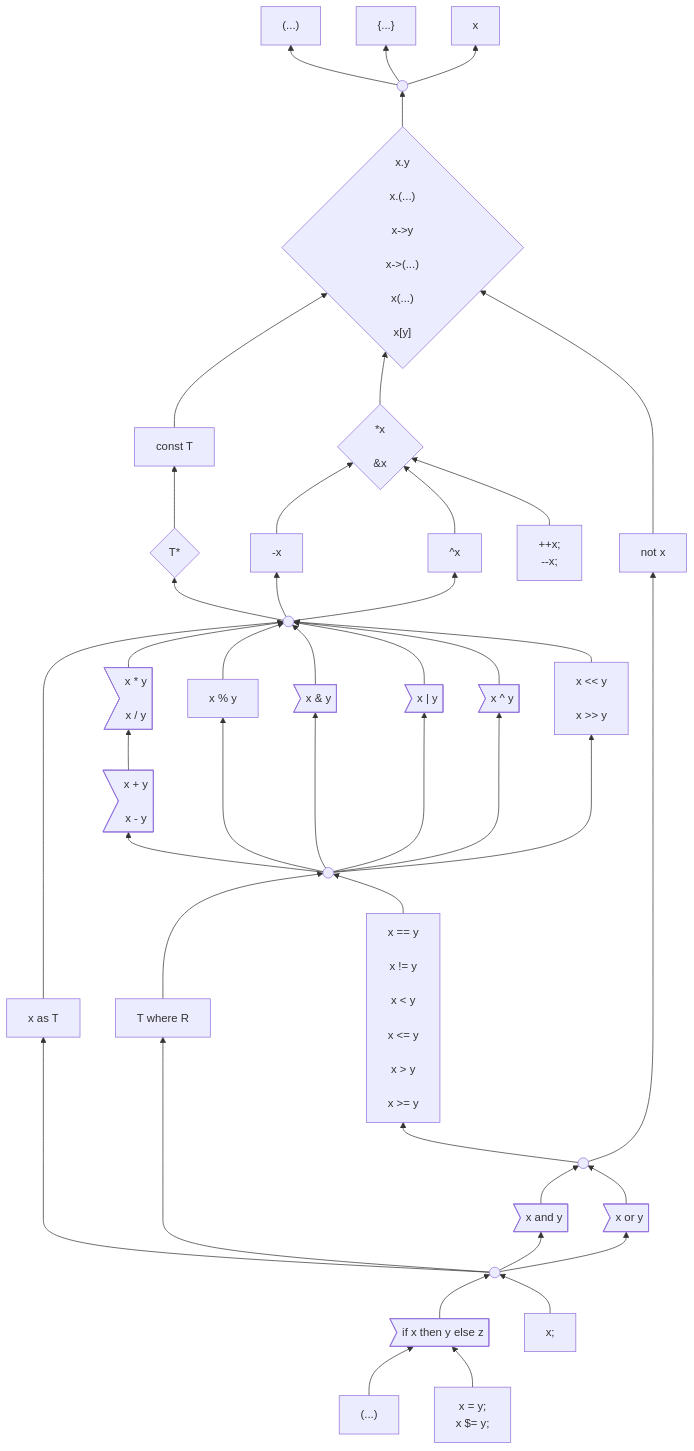
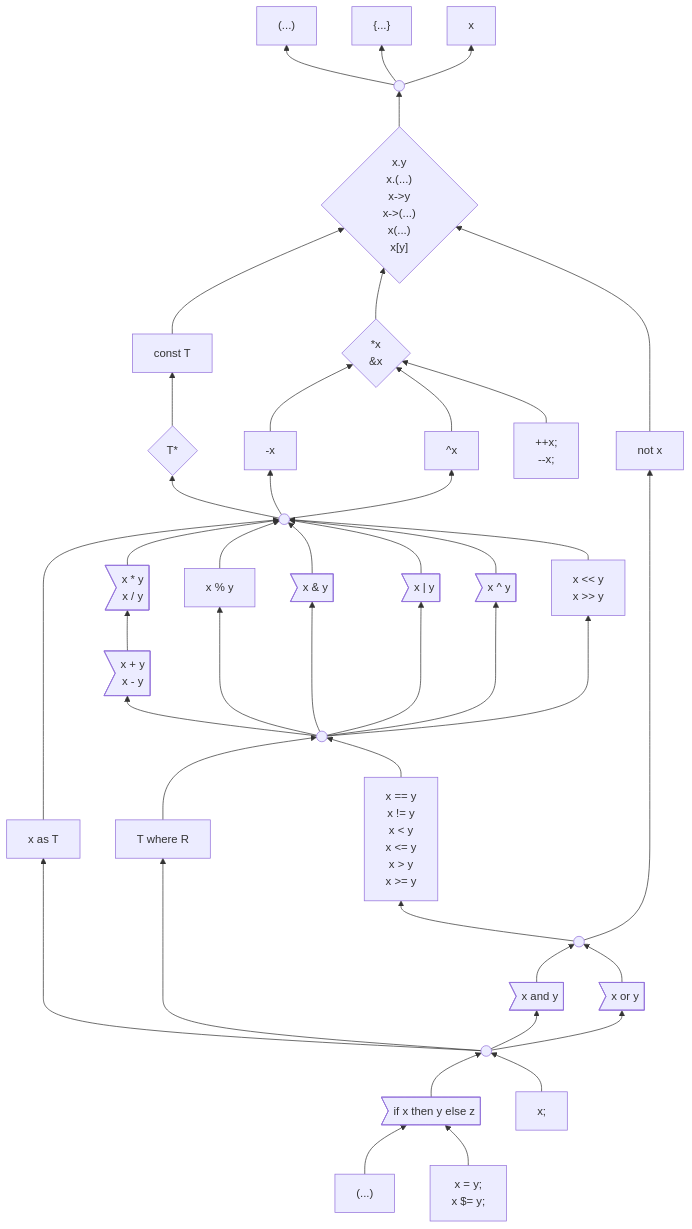
Before and after one commit to carbon-language/carbon-lang: the first of 3 diagrams in docs/design/expressions/README.md, drawn with Mermaid.

Commit message:
Fix repeated newlines in expression mermaid

```diff
--- a/docs/design/expressions/README.md
+++ b/docs/design/expressions/README.md
@@ -64,11 +64,11 @@
 
     top((" "))
 
-    suffixOps{"x.y<br>
-               x.(...)<br>
-               x->y<br>
-               x->(...)<br>
-               x(...)<br>
+    suffixOps{"x.y
+               x.(...)
+               x->y
+               x->(...)
+               x(...)
                x[y]"}
     click suffixOps "https://github.com/carbon-language/carbon-lang/blob/trunk/docs/design/expressions/README.md#suffix-operators"
 
@@ -78,8 +78,8 @@
     pointerType{"T*"}
     click pointer-type "https://github.com/carbon-language/carbon-lang/blob/trunk/docs/design/expressions/type_operators.md"
 
-    pointer{"*x<br>
-             &x<br>"}
+    pointer{"*x
+             &x"}
     click pointer "https://github.com/carbon-language/carbon-lang/blob/trunk/docs/design/expressions/pointer.md"
 
     negation["-x"]
@@ -88,7 +88,8 @@
     complement["^x"]
     click complement "https://github.com/carbon-language/carbon-lang/blob/trunk/docs/design/expressions/bitwise.md"
 
-    incDec["++x;<br>--x;"]
+    incDec["++x;
+            --x;"]
     click incDec "https://github.com/carbon-language/carbon-lang/blob/trunk/docs/design/assignment.md"
 
     unary((" "))
@@ -96,11 +97,11 @@
     as["x as T"]
     click as "https://github.com/carbon-language/carbon-lang/blob/trunk/docs/design/expressions/implicit_conversions.md"
 
-    multiplication>"x * y<br>
+    multiplication>"x * y
                     x / y"]
     click multiplication "https://github.com/carbon-language/carbon-lang/blob/trunk/docs/design/expressions/arithmetic.md"
 
-    addition>"x + y<br>
+    addition>"x + y
               x - y"]
     click addition "https://github.com/carbon-language/carbon-lang/blob/trunk/docs/design/expressions/arithmetic.md"
 
@@ -114,7 +115,7 @@
     click bitwise_or "https://github.com/carbon-language/carbon-lang/blob/trunk/docs/design/expressions/bitwise.md"
     click bitwise_xor "https://github.com/carbon-language/carbon-lang/blob/trunk/docs/design/expressions/bitwise.md"
 
-    shift["x << y<br>
+    shift["x << y
            x >> y"]
     click shift "https://github.com/carbon-language/carbon-lang/blob/trunk/docs/design/expressions/bitwise.md"
 
@@ -122,11 +123,11 @@
 
     where["T where R"]
 
-    comparison["x == y<br>
-                x != y<br>
-                x < y<br>
-                x <= y<br>
-                x > y<br>
+    comparison["x == y
+                x != y
+                x < y
+                x <= y
+                x > y
                 x >= y"]
     click comparison "https://github.com/carbon-language/carbon-lang/blob/trunk/docs/design/expressions/comparison_operators.md"
 
@@ -148,7 +149,8 @@
 
     insideParens["(...)"]
 
-    assignment["x = y;<br>x $= y;"]
+    assignment["x = y;
+                x $= y;"]
     click assignment "https://github.com/carbon-language/carbon-lang/blob/trunk/docs/design/assignment.md"
 
     expressionStatement["x;"]
```
